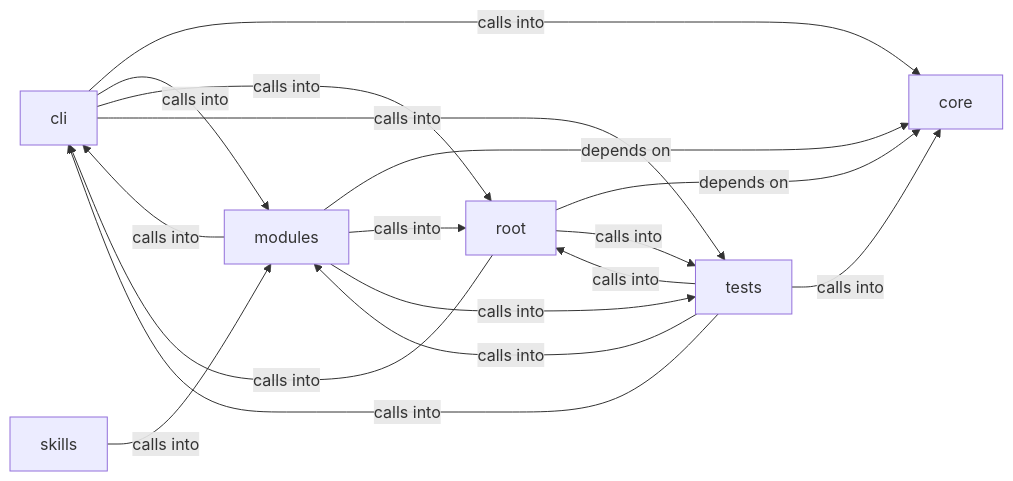
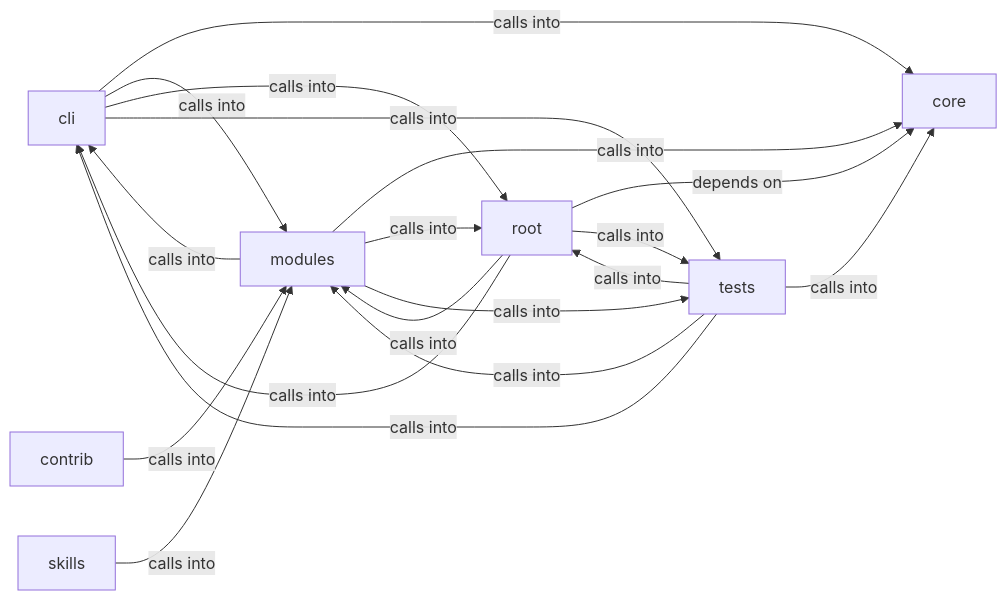
Before and after one commit to grisuno/LazyOwn: the diagram in readmenator-diagrams/cli_commands.md, drawn with Mermaid. The commit also changed other lines of this file and 508 other files, not shown here.

````diff
--- a/readmenator-diagrams/cli_commands.md
+++ b/readmenator-diagrams/cli_commands.md
@@ -5,25 +5,28 @@
 ```mermaid
 graph LR
     cli["cli"]
+    contrib["contrib"]
     core["core"]
     modules["modules"]
     root["root"]
     skills["skills"]
     tests["tests"]
     cli -- "calls into" --> core
     cli -- "calls into" --> modules
     cli -- "calls into" --> root
     cli -- "calls into" --> tests
+    contrib -- "calls into" --> modules
     modules -- "calls into" --> cli
-    modules -- "depends on" --> core
+    modules -- "calls into" --> core
     modules -- "calls into" --> root
     modules -- "calls into" --> tests
     root -- "calls into" --> cli
     root -- "depends on" --> core
+    root -- "calls into" --> modules
     root -- "calls into" --> tests
     skills -- "calls into" --> modules
     tests -- "calls into" --> cli
     tests -- "calls into" --> core
     tests -- "calls into" --> modules
     tests -- "calls into" --> root
 ```
````
